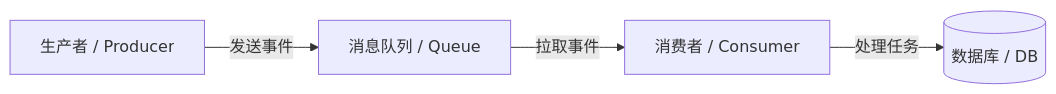
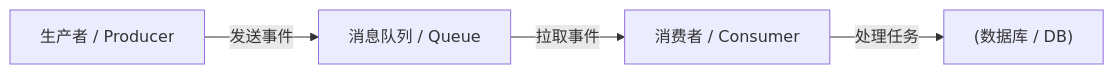
Before and after one commit to koosai/AI-Architect-Learning: the second of 3 diagrams in docs/03-data-cache-queue/cache-queues-idempotency.mdx, drawn with Mermaid. The commit also changed 187 other files, not shown here.

Commit message:
fix(mermaid): fix all unquoted parens and edge label syntax errors across all docs

````diff
--- a/docs/03-data-cache-queue/cache-queues-idempotency.mdx
+++ b/docs/03-data-cache-queue/cache-queues-idempotency.mdx
@@ -81,6 +81,6 @@
 ```mermaid
 graph LR
-  Producer[生产者 / Producer] -->|发送事件| Queue[消息队列 / Queue]
-  Queue -->|拉取事件| Consumer[消费者 / Consumer]
-  Consumer -->|处理任务| DB[(数据库 / DB)]
+  Producer["生产者 / Producer"] -->|发送事件| Queue["消息队列 / Queue"]
+  Queue -->|拉取事件| Consumer["消费者 / Consumer"]
+  Consumer -->|处理任务| DB["(数据库 / DB)"]
 ```
````
